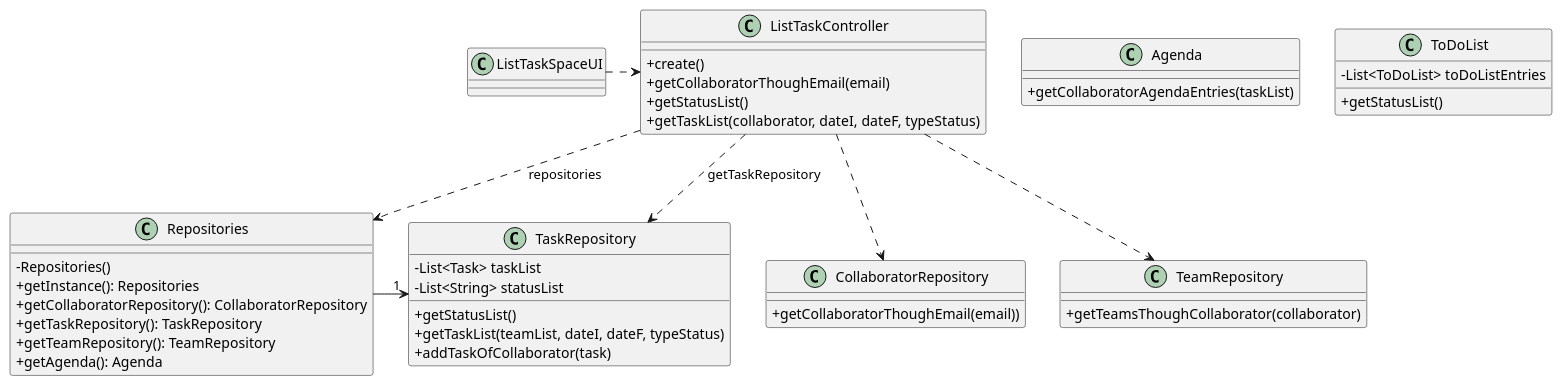
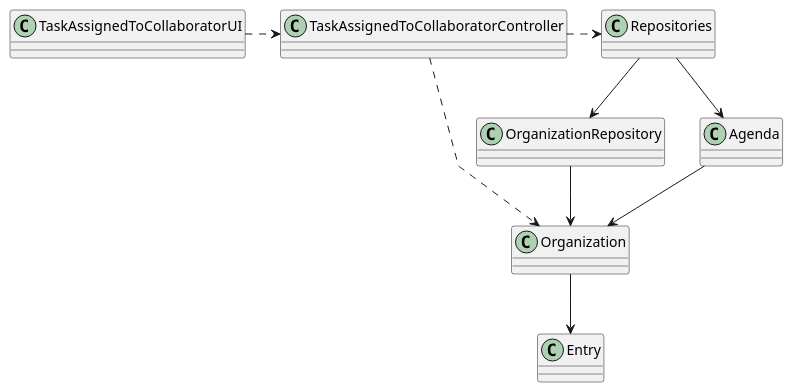
One commit to Departamento-de-Engenharia-Informatica/lei-24-s2-1df-1de-g063 changed the diagram in docs/SprintC/us28/03.design/puml/us028-class-diagram.puml. Above: the diagram before and after it, drawn with PlantUML. The commit also changed 1 other file, not shown here.

Commit message:
class diagram atualizado us27/28/29

```diff
--- a/docs/SprintC/us28/03.design/puml/us028-class-diagram.puml
+++ b/docs/SprintC/us28/03.design/puml/us028-class-diagram.puml
@@ -1,69 +1,49 @@
 @startuml
 'skinparam monochrome true
 skinparam packageStyle rectangle
 skinparam shadowing false
 skinparam linetype polyline
 'skinparam linetype orto
 
 skinparam classAttributeIconSize 0
 
 'left to right direction
 
-class ListTaskSpaceUI{
+class TaskAssignedToCollaboratorUI{
 
 }
 
+class TaskAssignedToCollaboratorController{
 
-class ListTaskController{
-   + create()
-       + getCollaboratorThoughEmail(email)
-       + getStatusList()
-       + getTaskList(collaborator, dateI, dateF, typeStatus)
 }
 
+class Organization{
 
-class Repositories{
-    - Repositories()
-        + getInstance(): Repositories
-        + getCollaboratorRepository(): CollaboratorRepository
-        + getTaskRepository(): TaskRepository
-        + getTeamRepository(): TeamRepository
-        + getAgenda(): Agenda
 }
 
-class TaskRepository{
-    - List<Task> taskList
-    - List<String> statusList
-    + getStatusList()
-    + getTaskList(teamList, dateI, dateF, typeStatus)
-    + addTaskOfCollaborator(task)
-}
+class OrganizationRepository{
 
-class CollaboratorRepository{
-    + getCollaboratorThoughEmail(email))
-}
-
-class TeamRepository{
-    + getTeamsThoughCollaborator(collaborator)
 }
 
 class Agenda{
-    +getCollaboratorAgendaEntries(taskList)
+
 }
 
-class ToDoList{
-    -List<ToDoList> toDoListEntries
-    +getStatusList()
+class Repositories{
+
 }
 
+class Entry{
 
+}
 
-
-ListTaskSpaceUI .> ListTaskController
-ListTaskController..> Repositories : repositories
-Repositories -> "1" TaskRepository
-ListTaskController ..> TaskRepository : getTaskRepository
-ListTaskController..> CollaboratorRepository
-ListTaskController..> TeamRepository
+TaskAssignedToCollaboratorUI .> TaskAssignedToCollaboratorController
+TaskAssignedToCollaboratorController ..> Organization
+TaskAssignedToCollaboratorController .> Repositories
+Repositories --> OrganizationRepository
+Repositories --> Agenda
+OrganizationRepository --> Organization
+Agenda --> Organization
+Organization --> Entry
 
 @enduml
```
